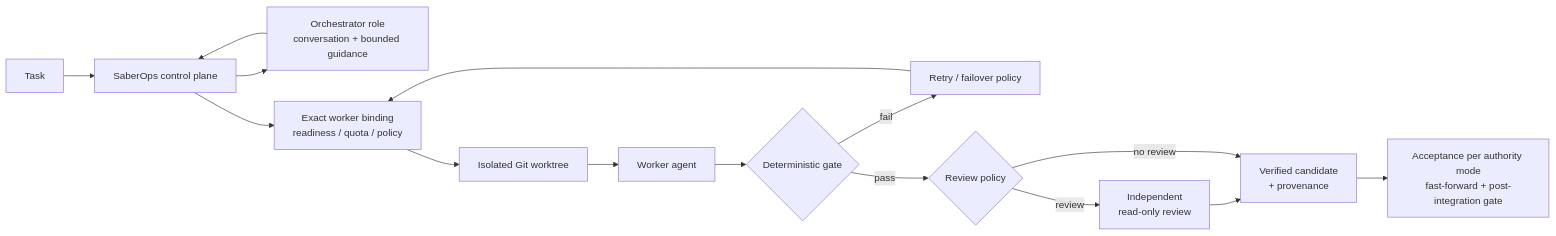
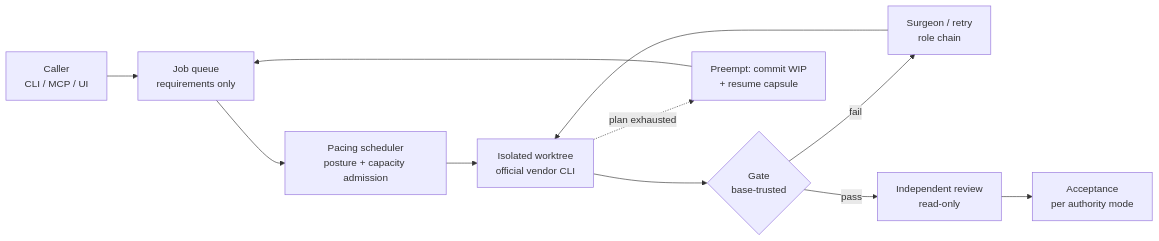
Before and after one commit to sabers13/SaberOps: the diagram in README.md, drawn with Mermaid. The commit also changed other lines of this file and 8 other files, not shown here.

````diff
--- a/README.md
+++ b/README.md
@@ -42,17 +71,13 @@
 ```mermaid
 flowchart LR
-    T[Task] --> C[SaberOps control plane]
-    C --> O[Orchestrator role<br/>conversation + bounded guidance]
-    O --> C
-    C --> R[Exact worker binding<br/>readiness / quota / policy]
-    R --> W[Isolated Git worktree]
-    W --> A[Worker agent]
-    A --> G{Deterministic gate}
-    G -- fail --> F[Retry / failover policy]
-    F --> R
-    G -- pass --> V{Review policy}
-    V -- review --> RV[Independent<br/>read-only review]
-    RV --> P[Verified candidate<br/>+ provenance]
-    V -- no review --> P
-    P --> AC[Acceptance per authority mode<br/>fast-forward + post-integration gate]
+    S[Caller<br/>CLI / MCP / UI] --> J[Job queue<br/>requirements only]
+    J --> SC[Pacing scheduler<br/>posture + capacity admission]
+    SC --> W[Isolated worktree<br/>official vendor CLI]
+    W --> G{Gate<br/>base-trusted}
+    G -- fail --> R[Surgeon / retry<br/>role chain]
+    R --> W
+    G -- pass --> RV[Independent review<br/>read-only]
+    RV --> A[Acceptance<br/>per authority mode]
+    W -. plan exhausted .-> P[Preempt: commit WIP<br/>+ resume capsule]
+    P --> J
 ```
````
